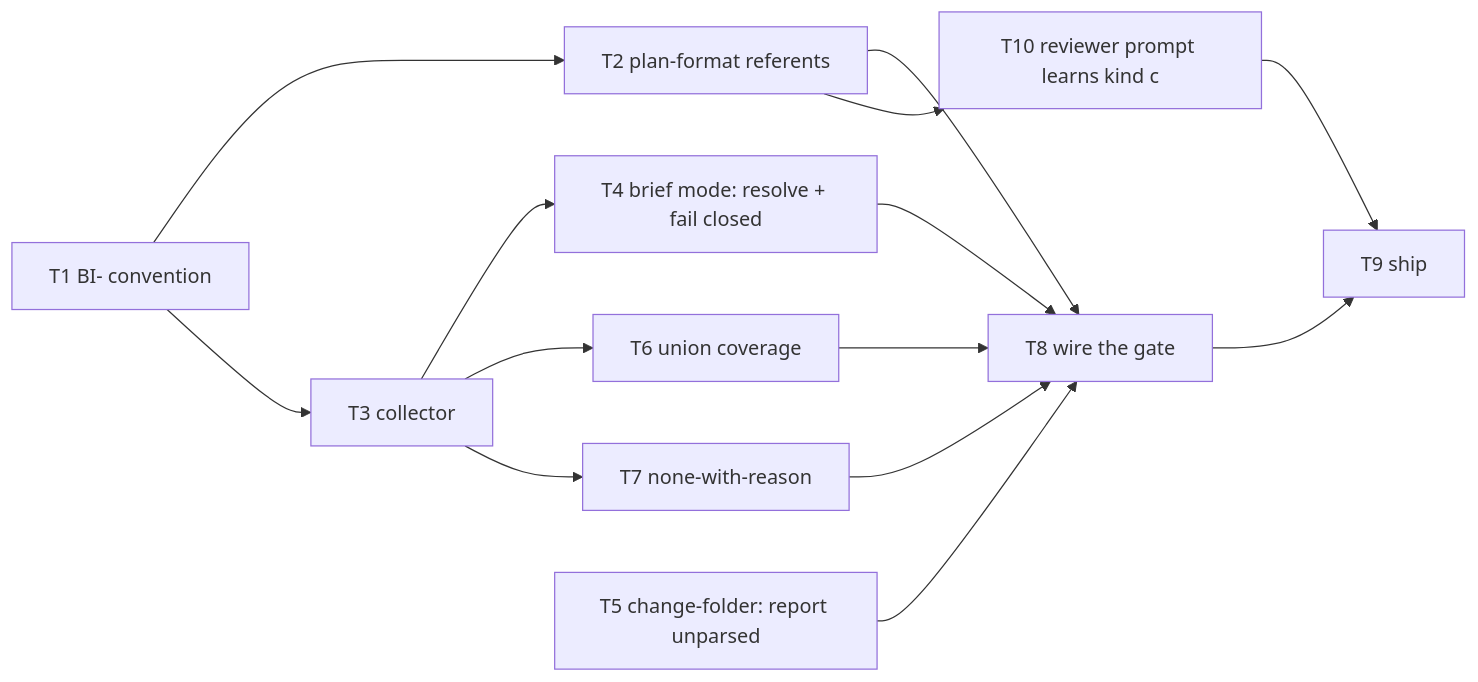
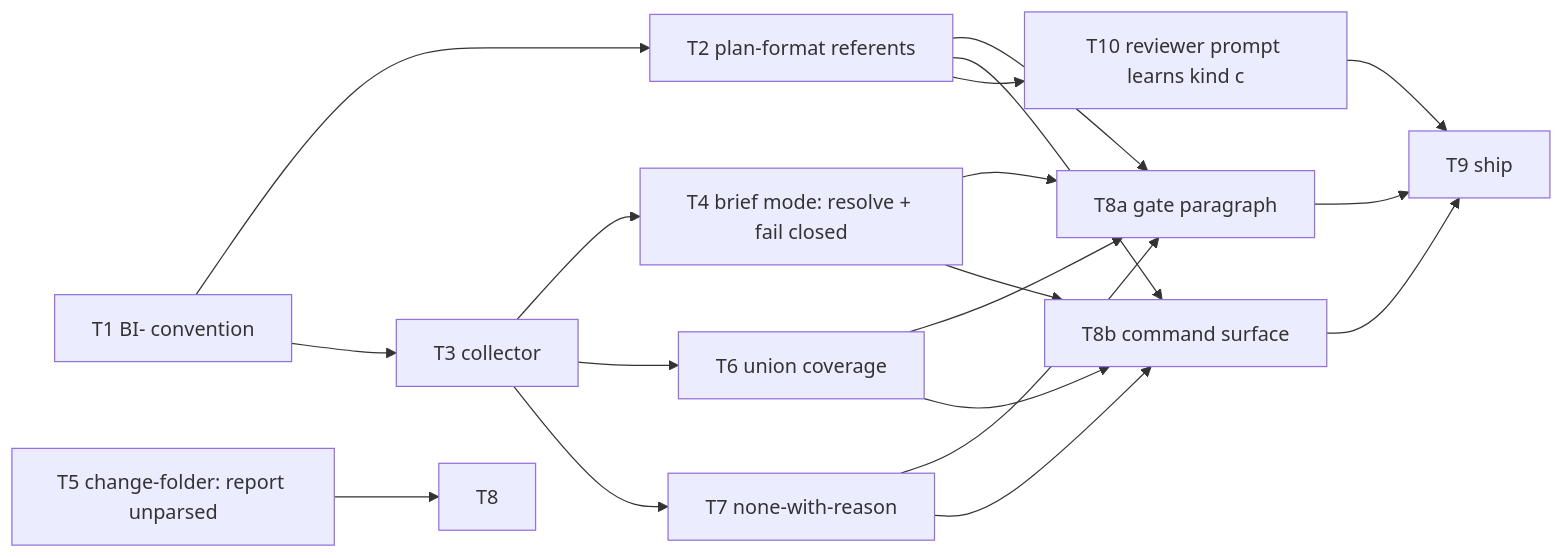
Before and after one commit to kouko/monkey-skills: the diagram in docs/loom/plans/2026-08-13-brief-item-addressability.md, drawn with Mermaid. The commit also changed other lines of this file, not shown here.

````diff
--- a/docs/loom/plans/2026-08-13-brief-item-addressability.md
+++ b/docs/loom/plans/2026-08-13-brief-item-addressability.md
@@ -21,16 +21,21 @@
 ```mermaid
 flowchart LR
   T1[T1 BI- convention] --> T2[T2 plan-format referents]
   T1 --> T3[T3 collector]
   T3 --> T4[T4 brief mode: resolve + fail closed]
   T3 --> T6[T6 union coverage]
   T3 --> T7[T7 none-with-reason]
-  T2 --> T8[T8 wire the gate]
-  T4 --> T8
+  T2 --> T8a[T8a gate paragraph]
+  T2 --> T8b[T8b command surface]
+  T4 --> T8a
+  T4 --> T8b
   T5[T5 change-folder: report unparsed] --> T8
-  T6 --> T8
-  T7 --> T8
-  T8 --> T9[T9 ship]
+  T6 --> T8a
+  T6 --> T8b
+  T7 --> T8a
+  T7 --> T8b
+  T8a --> T9[T9 ship]
+  T8b --> T9
   T2 --> T10[T10 reviewer prompt learns kind c]
   T10 --> T9
 ```
````
